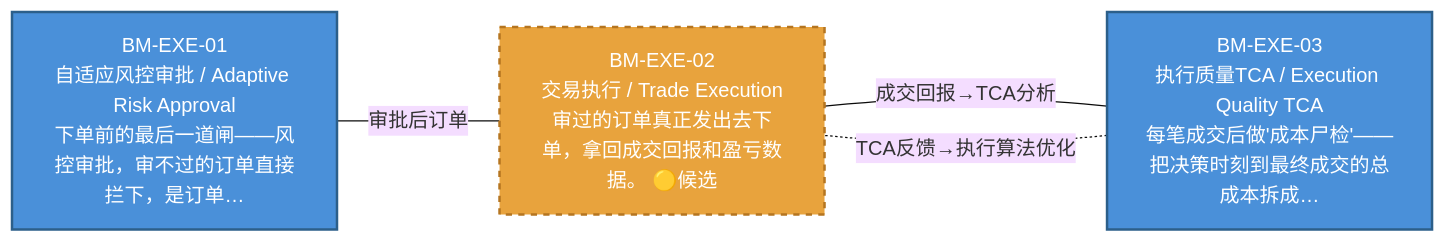
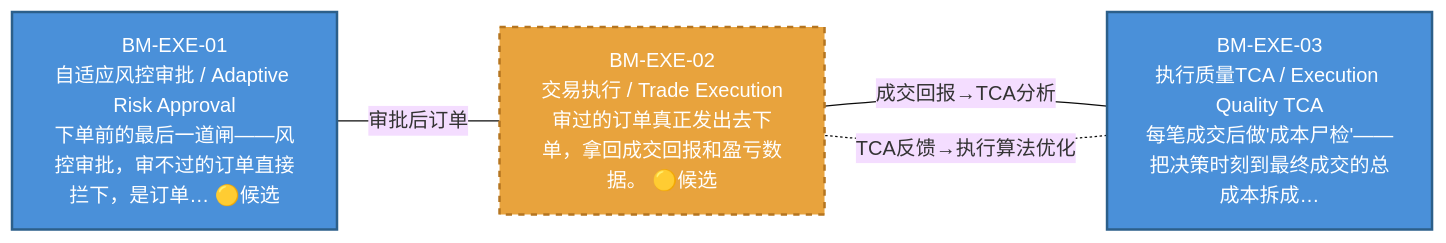
One commit to xuanFelixVan/ZephyrAlpha changed the diagram in docs/02_enterprise_architecture/07_trading_decision_architecture/battle_map/battle_map_05_execution.md. Above: the diagram before and after it, drawn with Mermaid (base theme). The commit also changed other lines of this file and 9 other files, not shown here.

First line of the commit message:
feat(battle_map): 缺口2补完——§15时序/§1.7分布感知横切视图+定位书§三系统架构上下文

````diff
--- a/docs/02_enterprise_architecture/07_trading_decision_architecture/battle_map/battle_map_05_execution.md
+++ b/docs/02_enterprise_architecture/07_trading_decision_architecture/battle_map/battle_map_05_execution.md
@@ -15,15 +15,15 @@
 ```mermaid
 %% 执行阶段图
 flowchart LR
-    BM_EXE_01["BM-EXE-01\n自适应风控审批 / Adaptive Risk Approval\n下单前的最后一道闸——风控审批，审不过的订单直接拦下，是订单…"]:::production
+    BM_EXE_01["BM-EXE-01\n自适应风控审批 / Adaptive Risk Approval\n下单前的最后一道闸——风控审批，审不过的订单直接拦下，是订单… 🟡候选"]:::production
     BM_EXE_02["BM-EXE-02\n交易执行 / Trade Execution\n审过的订单真正发出去下单，拿回成交回报和盈亏数据。 🟡候选"]:::design
     BM_EXE_03["BM-EXE-03\n执行质量TCA / Execution Quality TCA\n每笔成交后做'成本尸检'——把决策时刻到最终成交的总成本拆成…"]:::production
     BM_EXE_01 --- |审批后订单| BM_EXE_02
     BM_EXE_02 --- |成交回报→TCA分析| BM_EXE_03
     BM_EXE_03 -.- |TCA反馈→执行算法优化| BM_EXE_02
 classDef production fill:#4A90D9,stroke:#2C5F8A,color:#fff,stroke-width:2px;
 classDef design fill:#E8A33D,stroke:#B57520,color:#fff,stroke-width:2px,stroke-dasharray: 5 5;
 classDef deprecated fill:#D93636,stroke:#A02020,color:#fff,stroke-width:2px;
 classDef missing fill:#BBBBBB,stroke:#888888,color:#fff,stroke-width:2px;
 classDef candidate fill:#F4D03F,stroke:#B7950B,color:#000,stroke-width:2px;
 ```
````
